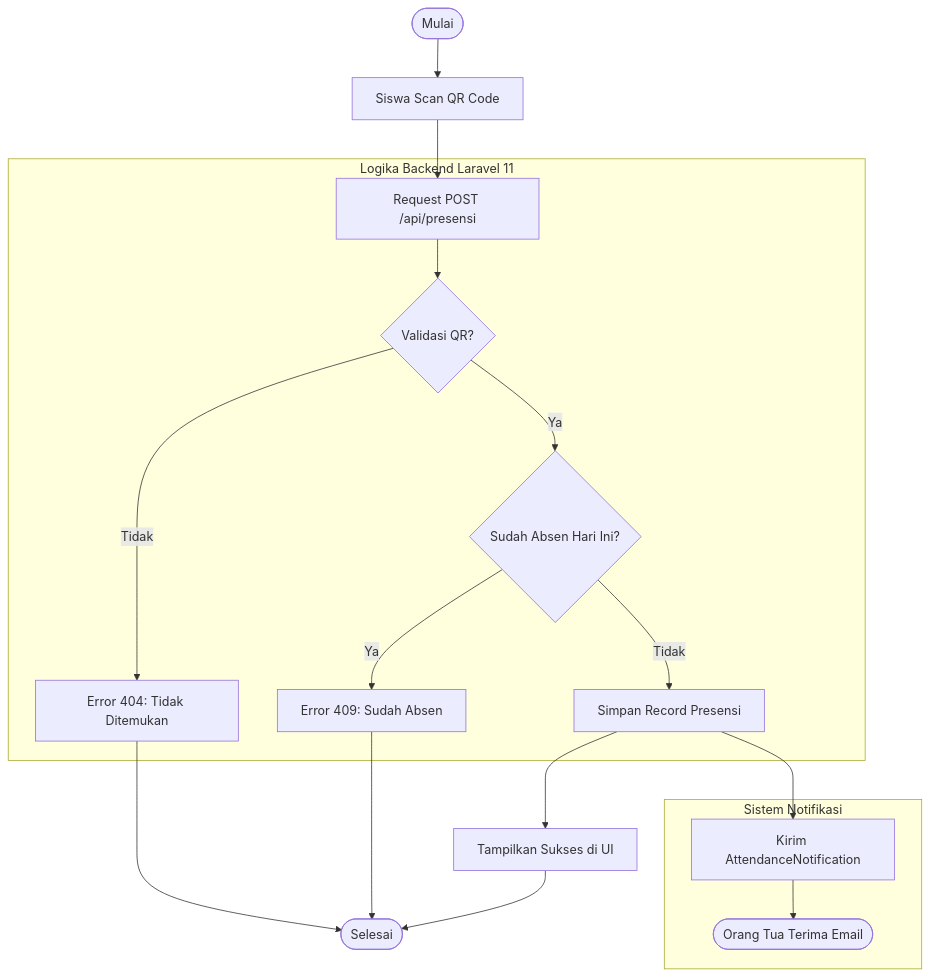
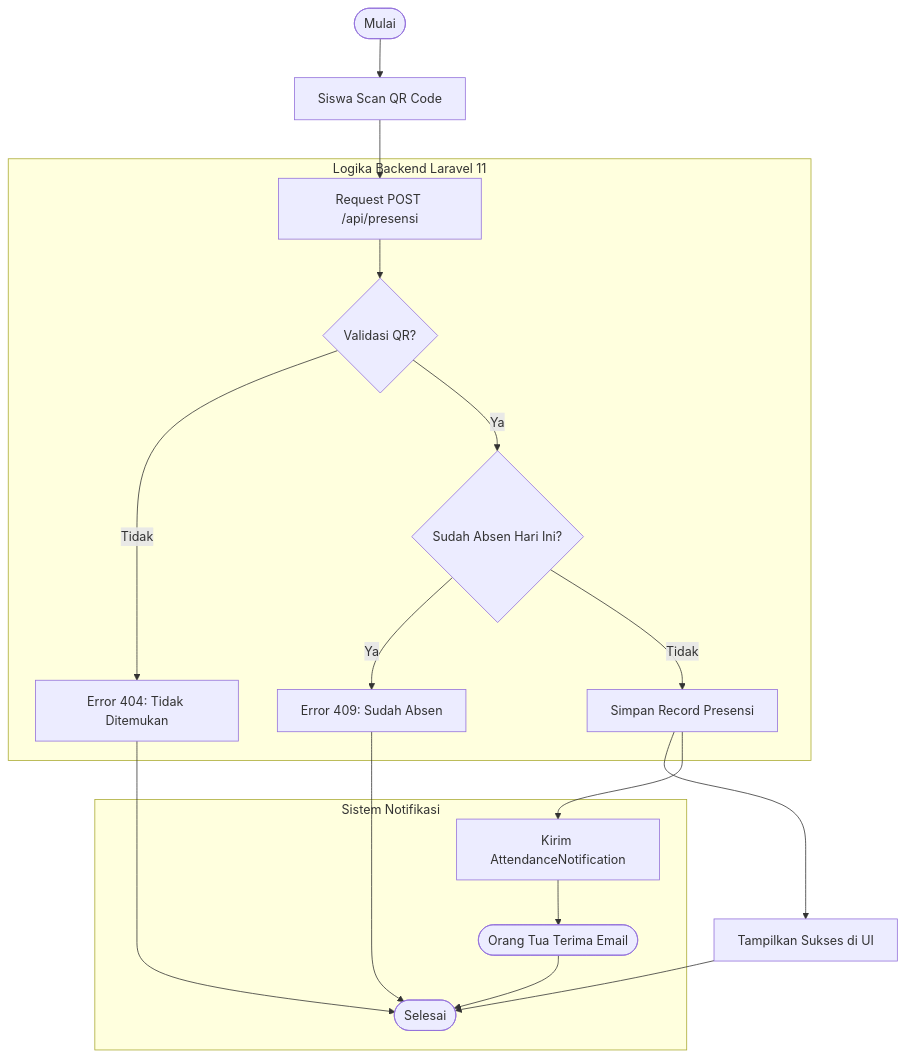
One commit to DimasVSuper/Sistem-Informasi-Presensi-Siswa-Laravel-11 changed the diagram in docs/Jurnal/Permodelan_Sistem_Informasi/Permodelan_Sistem_Informasi.md. Above: the diagram before and after it, drawn with Mermaid.

Commit message:
refactor: enhance flowchart by adding notification completion step

````diff
--- a/docs/Jurnal/Permodelan_Sistem_Informasi/Permodelan_Sistem_Informasi.md
+++ b/docs/Jurnal/Permodelan_Sistem_Informasi/Permodelan_Sistem_Informasi.md
@@ -38,24 +38,25 @@
 ```mermaid
 flowchart TD
     Start([Mulai]) --> Scan[Siswa Scan QR Code]
     Scan --> API[Request POST /api/presensi]
     
     subgraph Backend_Logic [Logika Backend Laravel 11]
         API --> Valid{Validasi QR?}
         Valid -- Tidak --> Err404[Error 404: Tidak Ditemukan]
         Valid -- Ya --> Double{Sudah Absen Hari Ini?}
         Double -- Ya --> Err409[Error 409: Sudah Absen]
         Double -- Tidak --> Save[Simpan Record Presensi]
     end
     
     Save --> Success[Tampilkan Sukses di UI]
     Save --> Mail[Kirim AttendanceNotification]
     
     subgraph Notification [Sistem Notifikasi]
         Mail --> Parent([Orang Tua Terima Email])
+        Parent --> End
     end
     
     Success --> End([Selesai])
     Err404 --> End
     Err409 --> End
 ```
````
